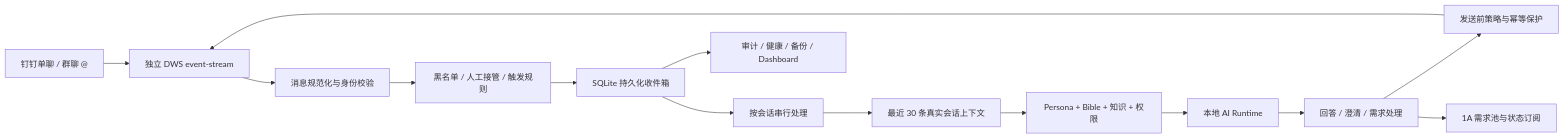
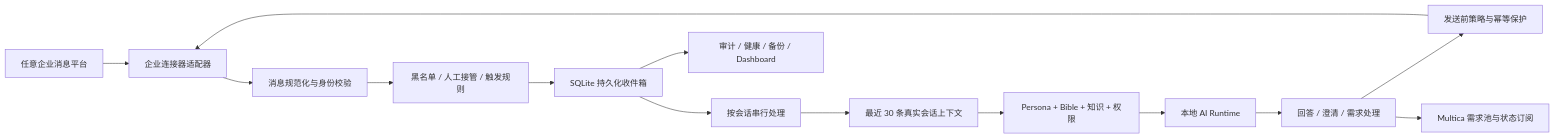
One commit to James19890801/feishu-codex-digital-employee changed the diagram in README.md. Above: the diagram before and after it, drawn with Mermaid. The commit also changed other lines of this file and 271 other files, not shown here.

````diff
--- a/README.md
+++ b/README.md
@@ -40,16 +40,16 @@
 ```mermaid
 flowchart LR
-    DT["钉钉单聊 / 群聊 @"] --> DWS["独立 DWS event-stream"]
-    DWS --> N["消息规范化与身份校验"]
+    DT["任意企业消息平台"] --> CONNECTOR["企业连接器适配器"]
+    CONNECTOR --> N["消息规范化与身份校验"]
     N --> B["黑名单 / 人工接管 / 触发规则"]
     B --> Q["SQLite 持久化收件箱"]
     Q --> C["按会话串行处理"]
     C --> H["最近 30 条真实会话上下文"]
     H --> P["Persona + Bible + 知识 + 权限"]
     P --> R["本地 AI Runtime"]
     R --> A["回答 / 澄清 / 需求处理"]
     A --> O["发送前策略与幂等保护"]
-    O --> DWS
-    A --> A1["1A 需求池与状态订阅"]
+    O --> CONNECTOR
+    A --> Multica["Multica 需求池与状态订阅"]
     Q --> OPS["审计 / 健康 / 备份 / Dashboard"]
 ```
````
